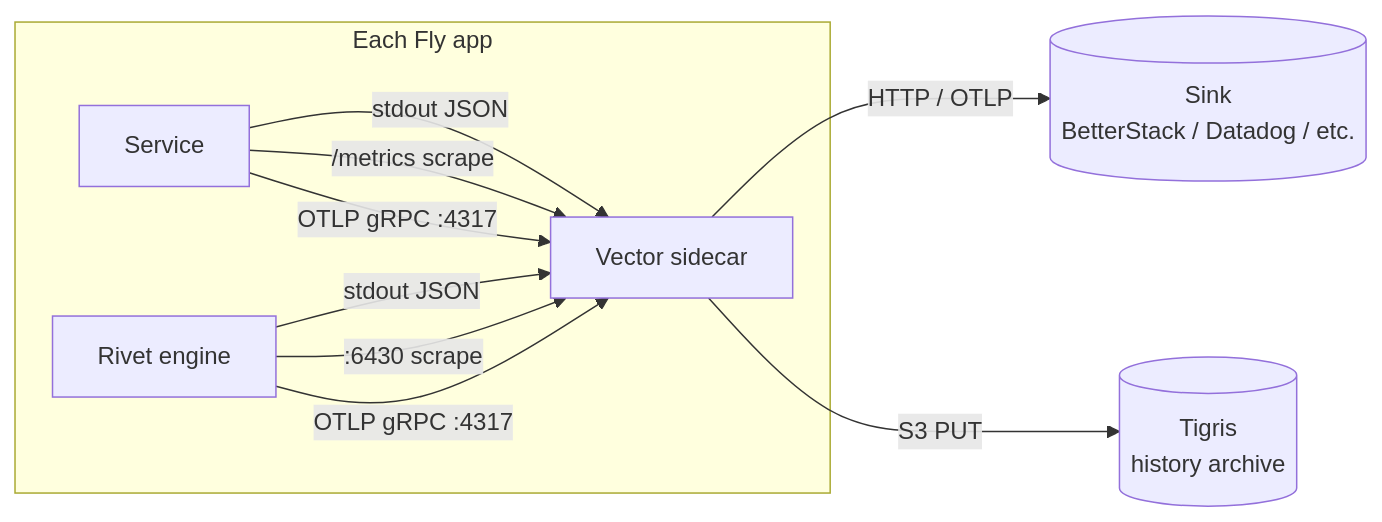
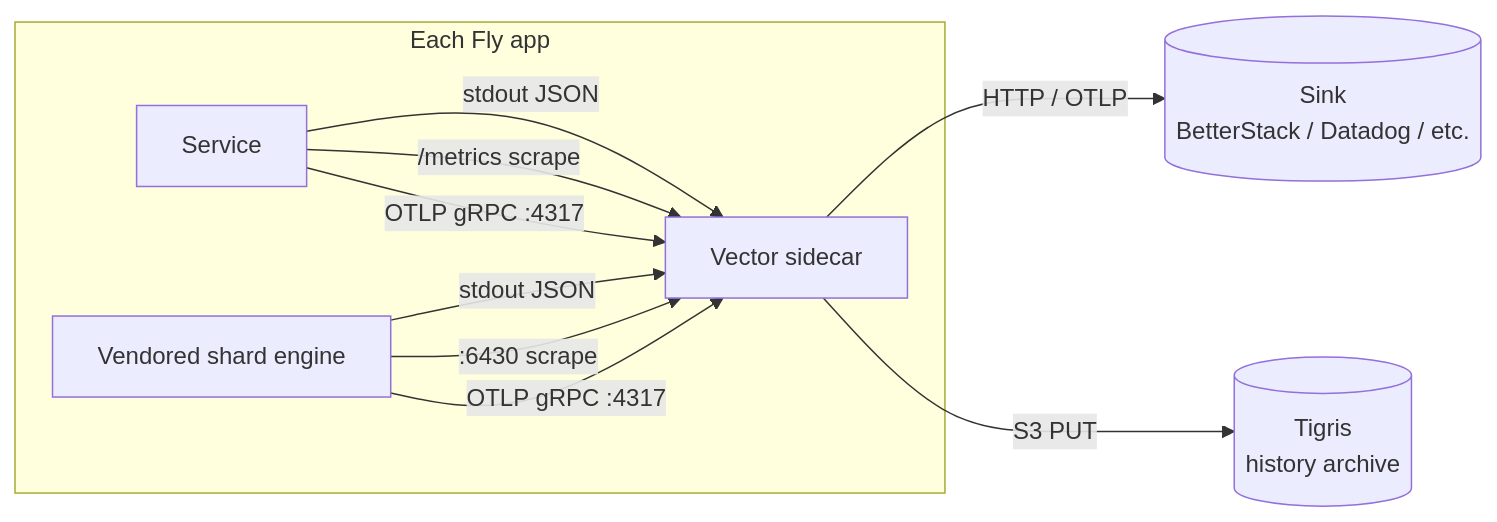
The second of 2 diagrams in docs-next/subsystems/observability.md (pax-historia/pax-backend), drawn with Mermaid before and after one commit. The commit also changed other lines of this file and 22 other files, not shown here.

````diff
--- a/docs-next/subsystems/observability.md
+++ b/docs-next/subsystems/observability.md
@@ -234,19 +246,19 @@
 ```mermaid
 flowchart LR
   subgraph fly_app[Each Fly app]
     svc[Service]
-    rivet[Rivet engine]
+    shardEngine[Vendored shard engine]
     vector[Vector sidecar]
   end
   sink[(Sink<br/>BetterStack / Datadog / etc.)]
   tigris[(Tigris<br/>history archive)]
 
   svc -->|stdout JSON| vector
   svc -->|/metrics scrape| vector
   svc -->|OTLP gRPC :4317| vector
-  rivet -->|stdout JSON| vector
-  rivet -->|:6430 scrape| vector
-  rivet -->|OTLP gRPC :4317| vector
+  shardEngine -->|stdout JSON| vector
+  shardEngine -->|:6430 scrape| vector
+  shardEngine -->|OTLP gRPC :4317| vector
   vector -->|HTTP / OTLP| sink
   vector -->|S3 PUT| tigris
 ```
````
